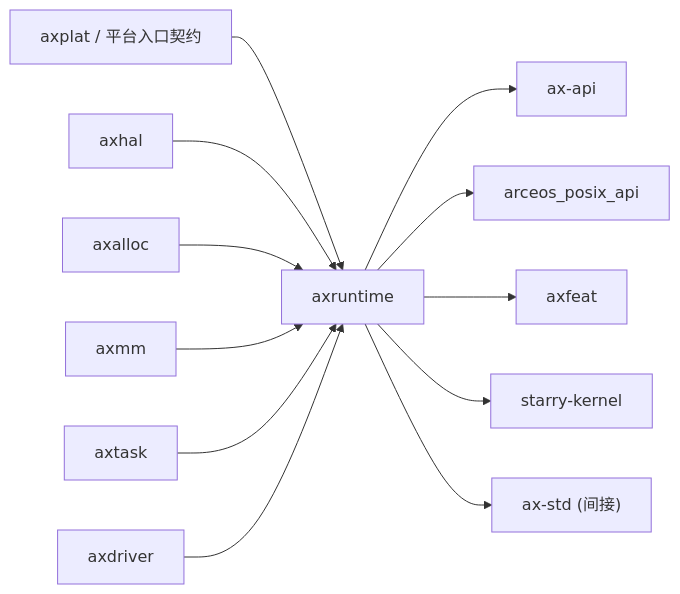
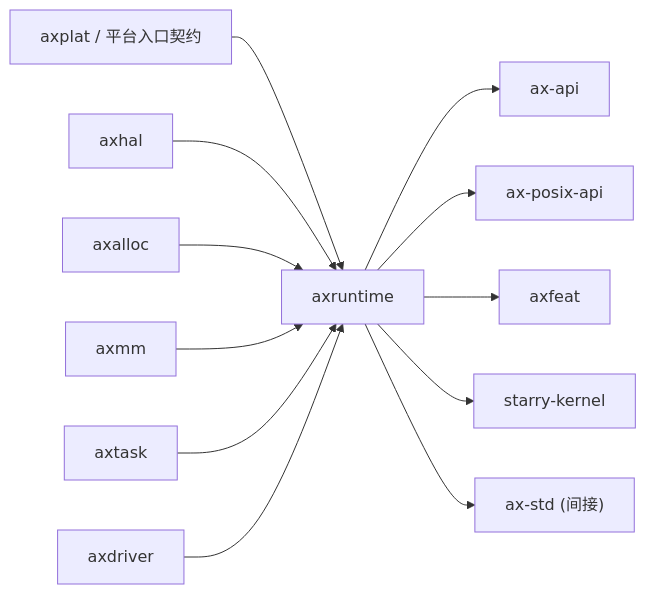
One commit to zKurisu/tgoskits changed the second of 2 diagrams in docs/crates/axruntime.md. Above: the diagram before and after it, drawn with Mermaid. The commit also changed other lines of this file and 39 other files, not shown here.

Commit message:
rename arceos_posix_api to ax-posix-api

````diff
--- a/docs/crates/axruntime.md
+++ b/docs/crates/axruntime.md
@@ -117,15 +117,15 @@
 ```mermaid
 graph LR
     axplat["axplat / 平台入口契约"] --> axruntime["axruntime"]
     axhal["axhal"] --> axruntime
     axalloc["axalloc"] --> axruntime
     axmm["axmm"] --> axruntime
     axtask["axtask"] --> axruntime
     axdriver["axdriver"] --> axruntime
 
     axruntime --> ax-api["ax-api"]
-    axruntime --> arceos_posix_api["arceos_posix_api"]
+    axruntime --> ax-posix-api["ax-posix-api"]
     axruntime --> axfeat["axfeat"]
     axruntime --> starry_kernel["starry-kernel"]
     axruntime --> ax-std["ax-std (间接)"]
 ```
````
